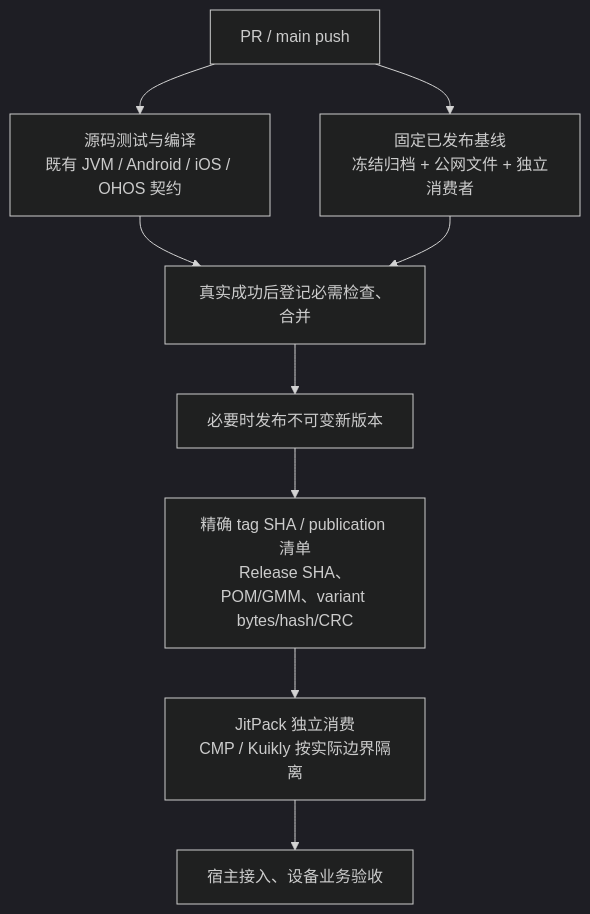
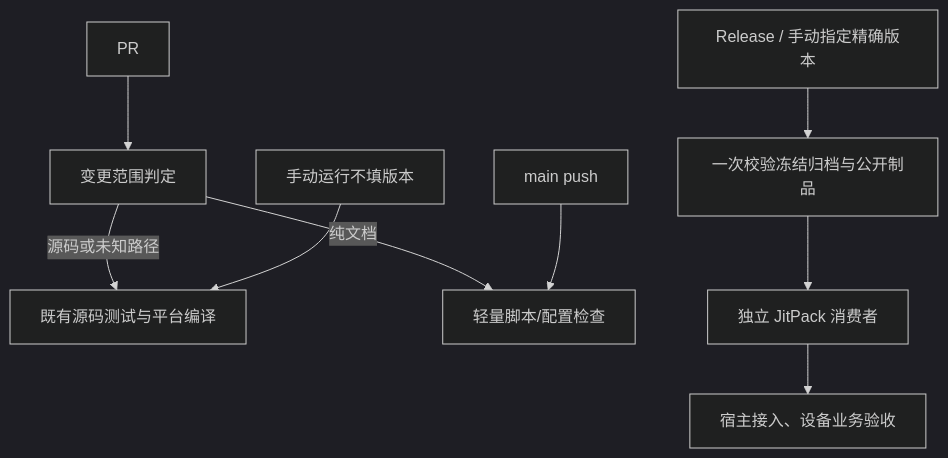
Before and after one commit to gycrosskit/.github: the diagram in docs/持续集成门禁.md, drawn with Mermaid (dark theme). The commit also changed other lines of this file and 15 other files, not shown here.

````diff
--- a/docs/持续集成门禁.md
+++ b/docs/持续集成门禁.md
@@ -5,11 +7,11 @@
 ```mermaid
 flowchart TB
-    PR["PR / main push"] --> Source["源码测试与编译<br/>既有 JVM / Android / iOS / OHOS 契约"]
-    PR --> Baseline["固定已发布基线<br/>冻结归档 + 公网文件 + 独立消费者"]
-    Source --> Merge["真实成功后登记必需检查、合并"]
-    Baseline --> Merge
-    Merge --> Release["必要时发布不可变新版本"]
-    Release --> Public["精确 tag SHA / publication 清单<br/>Release SHA、POM/GMM、variant bytes/hash/CRC"]
-    Public --> Consumer["JitPack 独立消费<br/>CMP / Kuikly 按实际边界隔离"]
+    PR["PR"] --> Scope["变更范围判定"]
+    Scope -->|源码或未知路径| Source["既有源码测试与平台编译"]
+    Scope -->|纯文档| Light["轻量脚本/配置检查"]
+    Main["main push"] --> Light
+    Dispatch["手动运行不填版本"] --> Source
+    Release["Release / 手动指定精确版本"] --> Public["一次校验冻结归档与公开制品"]
+    Public --> Consumer["独立 JitPack 消费者"]
     Consumer --> Host["宿主接入、设备业务验收"]
 ```
````
